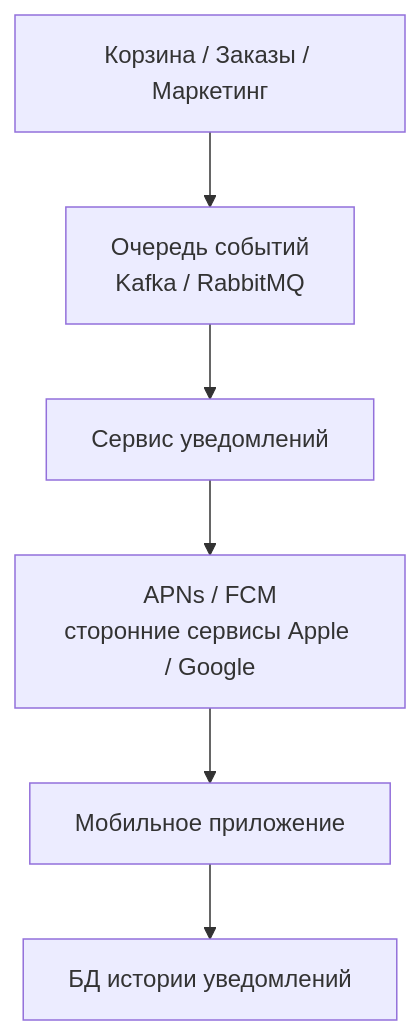
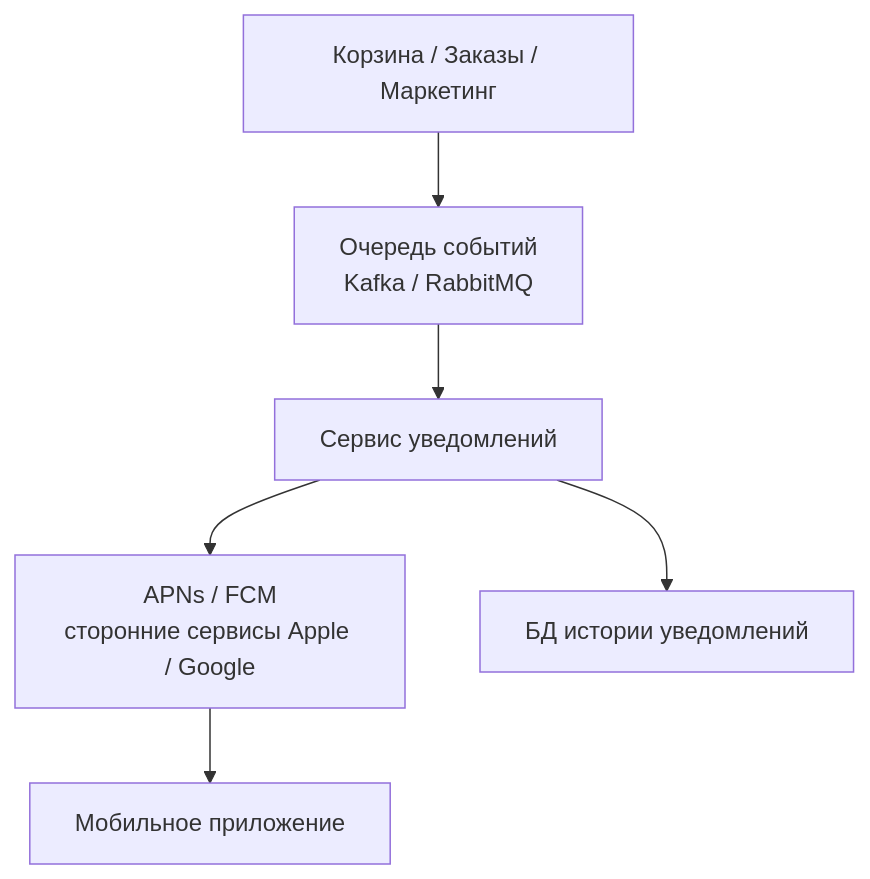
Before and after one commit to michaellu202/system-analyst-test-task: the diagram in solution_test_task_system_analyst.md, drawn with Mermaid. The commit also changed other lines of this file, not shown here.

````diff
--- a/solution_test_task_system_analyst.md
+++ b/solution_test_task_system_analyst.md
@@ -141,11 +141,12 @@
 ```mermaid
 flowchart TD
     A[Корзина / Заказы / Маркетинг]
     B[Очередь событий<br/>Kafka / RabbitMQ]
     C[Сервис уведомлений]
     D[APNs / FCM<br/>сторонние сервисы Apple / Google]
     E[Мобильное приложение]
     F[БД истории уведомлений]
 
-    A --> B --> C --> D --> E --> F
+    A --> B --> C --> D --> E
+    C --> F
 ```
````
